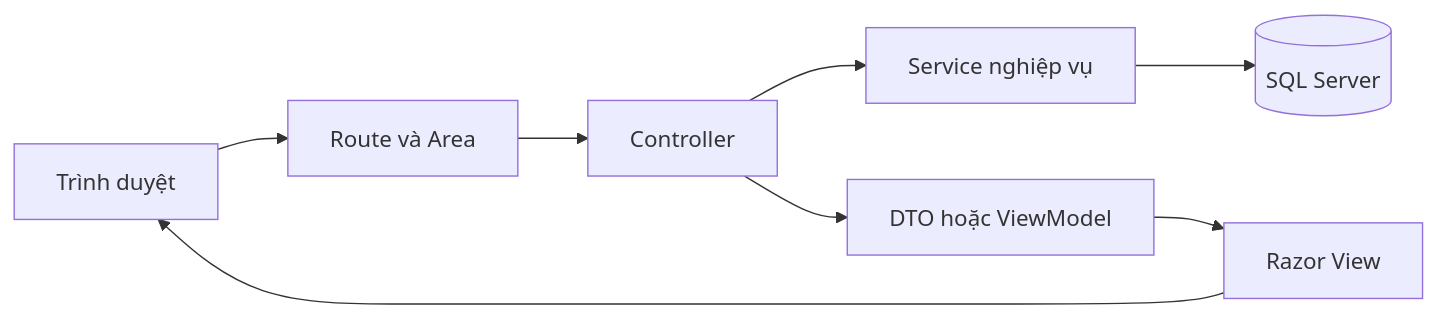
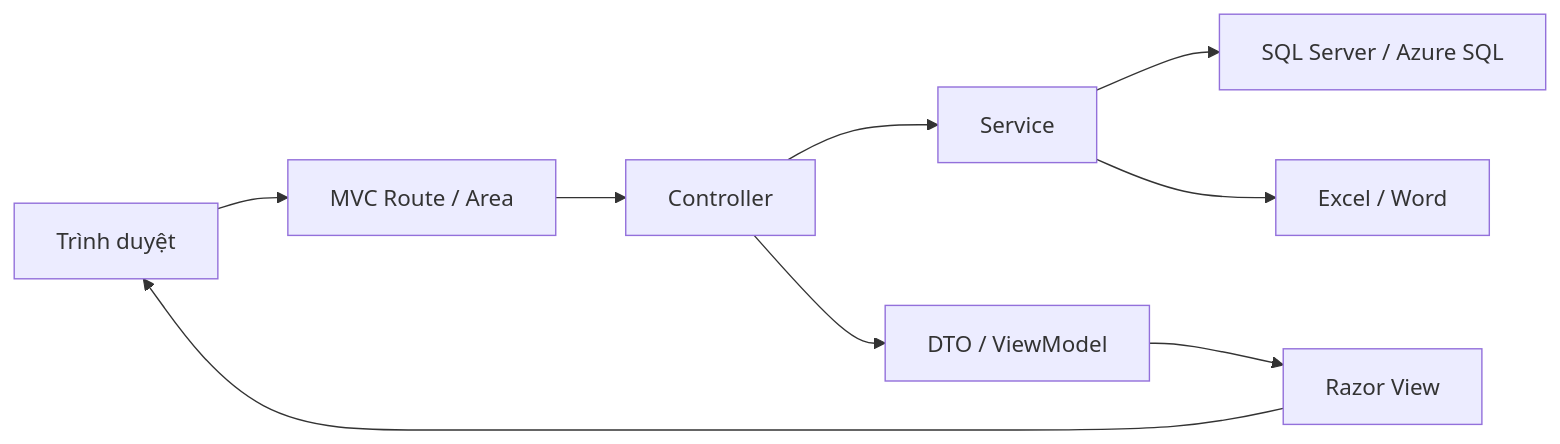
Before and after one commit to HospitalQualityDashboard-team/HospitalQualityDashboard-demo: the diagram in PROJECT_STRUCTURE.md, drawn with Mermaid. The commit also changed other lines of this file and 3 other files, not shown here.

````diff
--- a/PROJECT_STRUCTURE.md
+++ b/PROJECT_STRUCTURE.md
@@ -31,10 +7,11 @@
 ```mermaid
 flowchart LR
-    Browser[Trình duyệt] --> Route[Route và Area]
-    Route --> Controller[Controller]
-    Controller --> Service[Service nghiệp vụ]
-    Service --> DB[(SQL Server)]
-    Controller --> VM[DTO hoặc ViewModel]
-    VM --> View[Razor View]
-    View --> Browser
+    Browser["Trình duyệt"] --> Route["MVC Route / Area"]
+    Route --> Controller["Controller"]
+    Controller --> Service["Service"]
+    Service --> Sql["SQL Server / Azure SQL"]
+    Service --> Excel["Excel / Word"]
+    Controller --> ViewModel["DTO / ViewModel"]
+    ViewModel --> Razor["Razor View"]
+    Razor --> Browser
 ```
````
